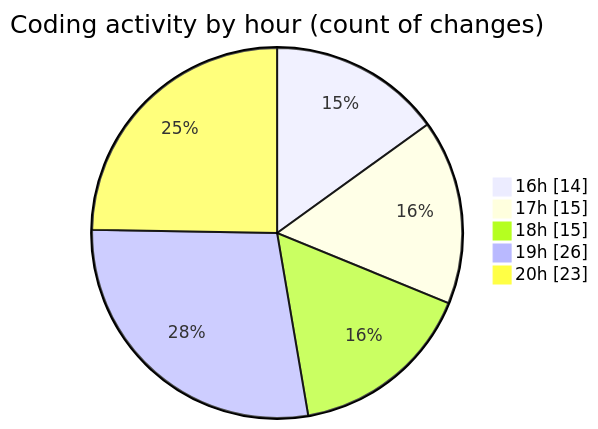
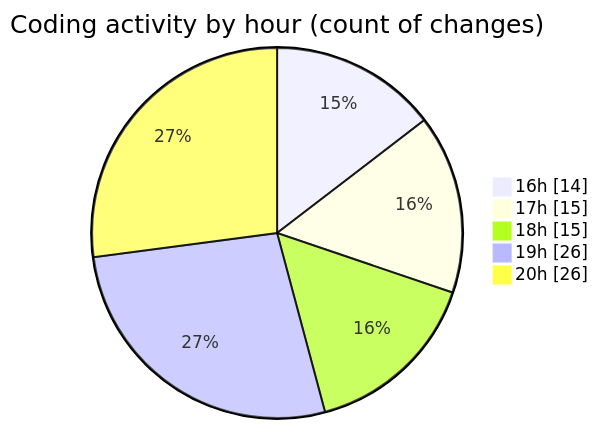
One commit to Elitesun/code-tracking changed the second of 2 diagrams in 2025-01-31/flask/README.md. Above: the diagram before and after it, drawn with Mermaid. The commit also changed other lines of this file and 1 other file, not shown here.

````diff
--- a/2025-01-31/flask/README.md
+++ b/2025-01-31/flask/README.md
@@ -38,9 +38,9 @@
 ```mermaid
 pie showData
 title Coding activity by hour (count of changes)
 "16h" : 14
 "17h" : 15
 "18h" : 15
 "19h" : 26
-"20h" : 23
+"20h" : 26
 ```
````
